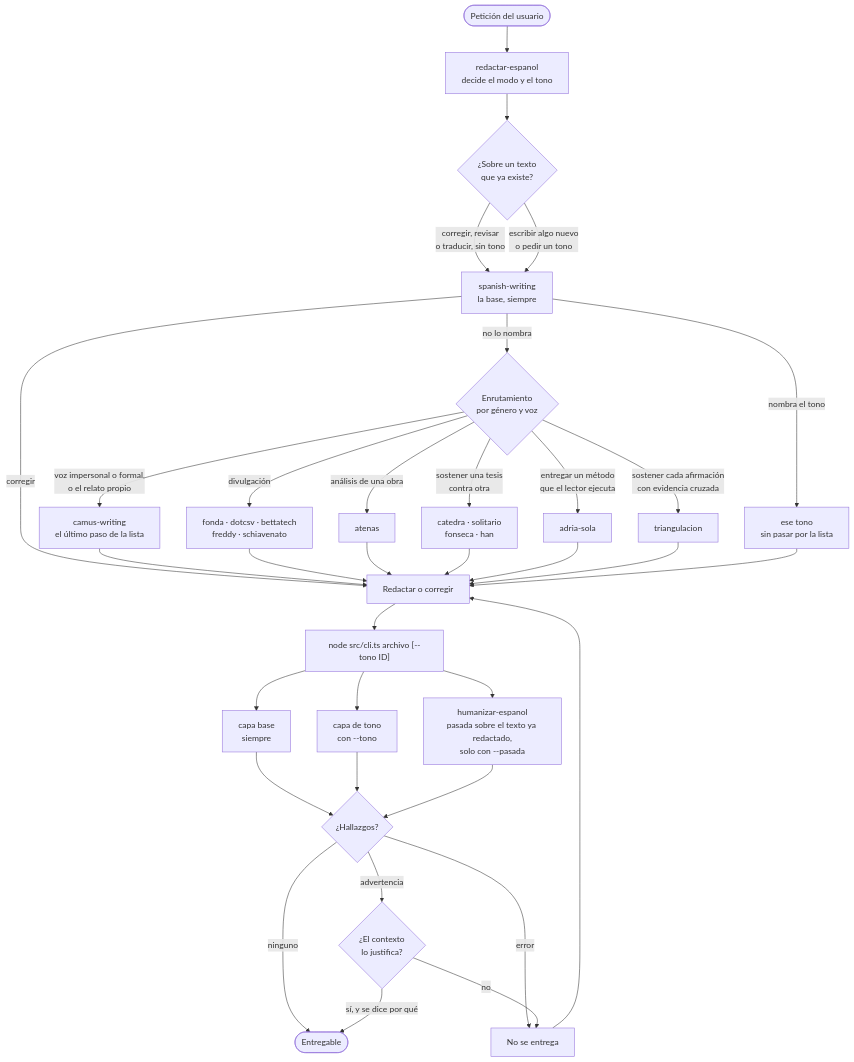
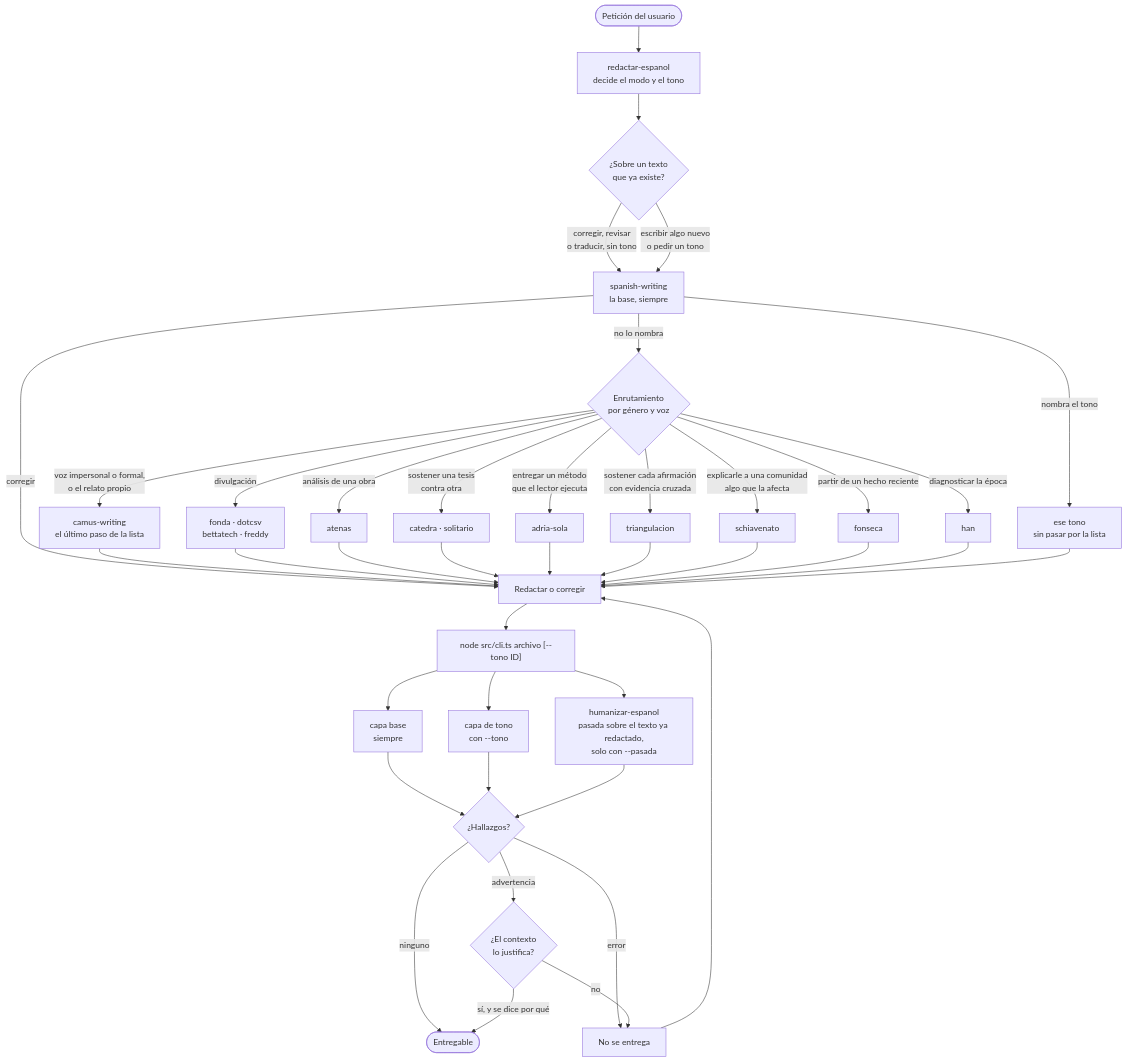
The first of 5 diagrams in README.md (diegnghtmr/writing-harness), drawn with Mermaid before and after one commit. The commit also changed 4 other files, not shown here.

````diff
--- a/README.md
+++ b/README.md
@@ -28,42 +28,48 @@
 ```mermaid
 flowchart TD
     U(["Petición del usuario"]) --> EN["redactar-espanol<br/>decide el modo y el tono"]
     EN --> Q0{"¿Sobre un texto<br/>que ya existe?"}
 
     Q0 -->|"corregir, revisar<br/>o traducir, sin tono"| B["spanish-writing<br/>la base, siempre"]
     Q0 -->|"escribir algo nuevo<br/>o pedir un tono"| B
 
     B -->|"corregir"| W["Redactar o corregir"]
     B -->|"nombra el tono"| TN["ese tono<br/>sin pasar por la lista"]
     B -->|"no lo nombra"| R{"Enrutamiento<br/>por género y voz"}
     R -->|"voz impersonal o formal,<br/>o el relato propio"| T1["camus-writing<br/>el último paso de la lista"]
-    R -->|"divulgación"| T2["fonda · dotcsv · bettatech<br/>freddy · schiavenato"]
+    R -->|"divulgación"| T2["fonda · dotcsv<br/>bettatech · freddy"]
+    R -->|"explicarle a una comunidad<br/>algo que la afecta"| T7["schiavenato"]
+    R -->|"partir de un hecho reciente"| T8["fonseca"]
     R -->|"análisis de una obra"| T3["atenas"]
-    R -->|"sostener una tesis<br/>contra otra"| T4["catedra · solitario<br/>fonseca · han"]
+    R -->|"sostener una tesis<br/>contra otra"| T4["catedra · solitario"]
+    R -->|"diagnosticar la época"| T9["han"]
     R -->|"entregar un método<br/>que el lector ejecuta"| T5["adria-sola"]
     R -->|"sostener cada afirmación<br/>con evidencia cruzada"| T6["triangulacion"]
 
     T1 --> W
     T2 --> W
     T3 --> W
     T4 --> W
     T5 --> W
     T6 --> W
+    T7 --> W
+    T8 --> W
+    T9 --> W
     TN --> W
 
     W --> V["node src/cli.ts archivo [--tono ID]"]
     V --> C1["capa base<br/>siempre"]
     V --> C2["capa de tono<br/>con --tono"]
     V --> C3["humanizar-espanol<br/>pasada sobre el texto ya redactado,<br/>solo con --pasada"]
 
     C1 --> Q1{"¿Hallazgos?"}
     C2 --> Q1
     C3 --> Q1
 
     Q1 -->|"ninguno"| E(["Entregable"])
     Q1 -->|"error"| X["No se entrega"]
     Q1 -->|"advertencia"| Q2{"¿El contexto<br/>lo justifica?"}
     Q2 -->|"sí, y se dice por qué"| E
     Q2 -->|"no"| X
     X --> W
 ```
````
